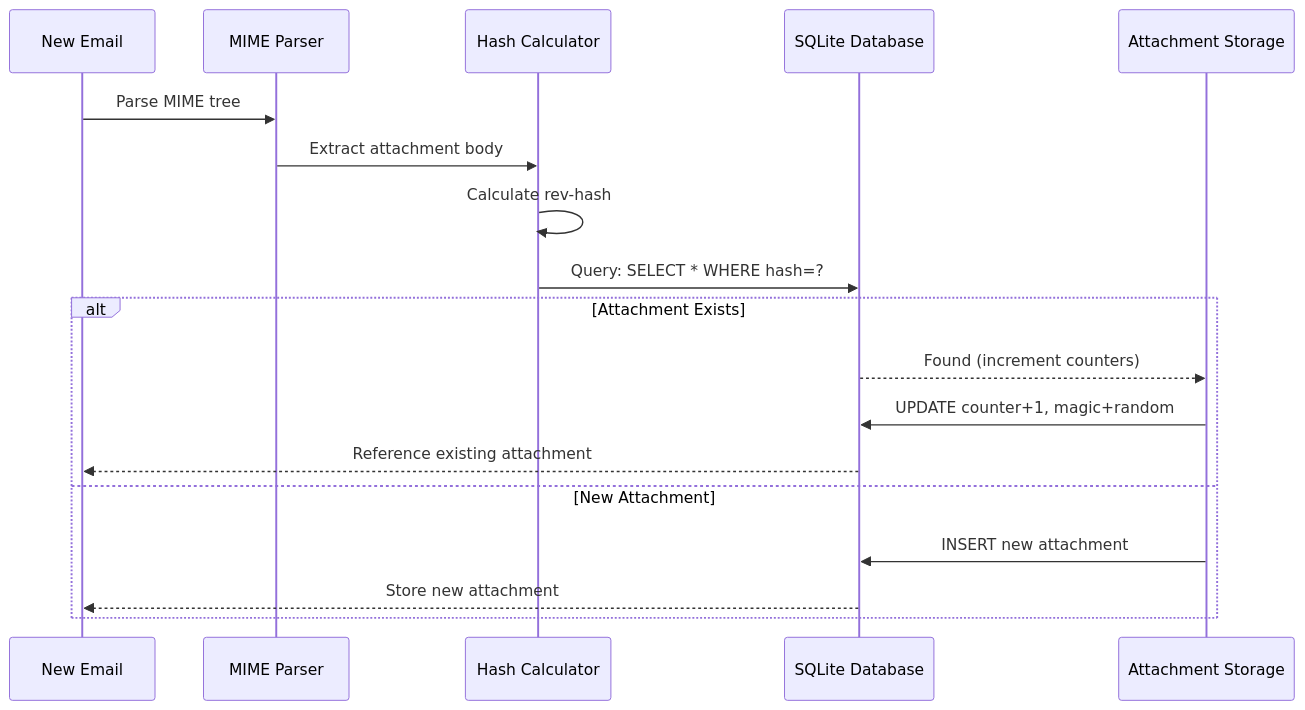
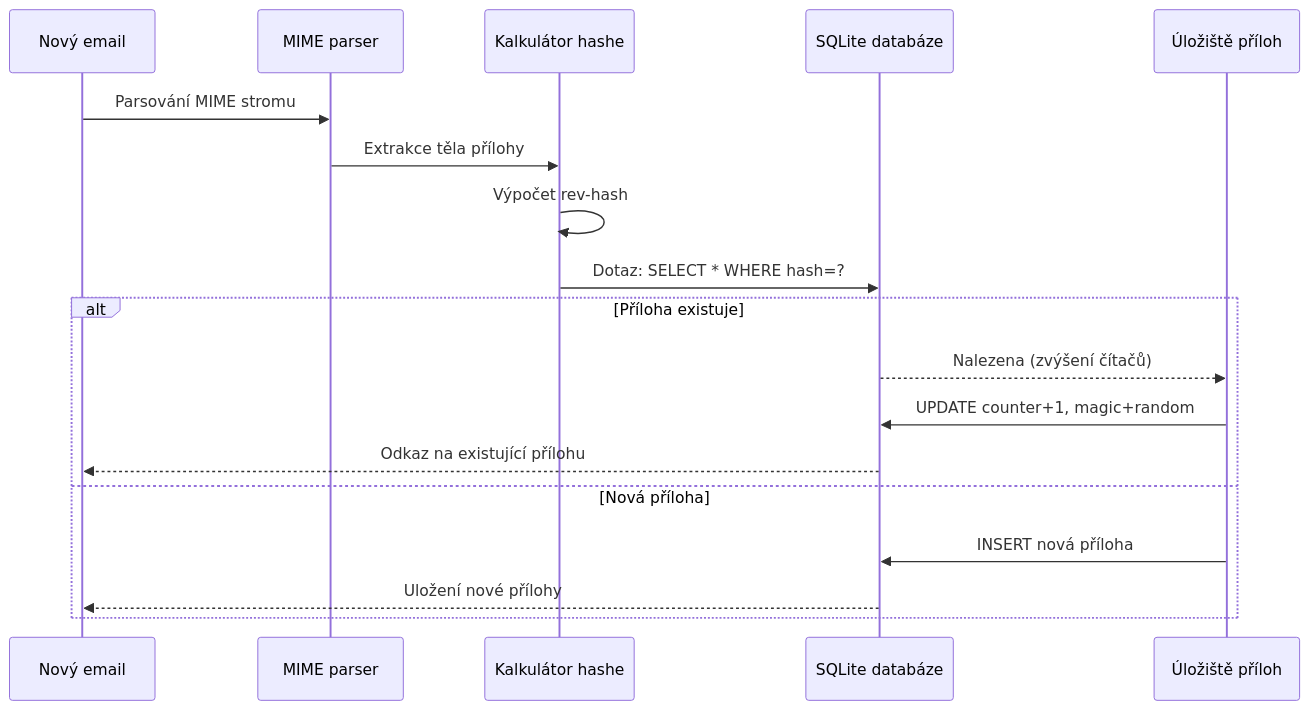
One commit to forwardemail/forwardemail.net changed diagram 12 of 16 in app/views/docs/email-protocols-rfc-compliance-imap-smtp-pop3-comparison/index-cs.md. Above: the diagram before and after it, drawn with Mermaid. The commit also changed other lines of this file and 1055 other files, not shown here.

````diff
--- a/app/views/docs/email-protocols-rfc-compliance-imap-smtp-pop3-comparison/index-cs.md
+++ b/app/views/docs/email-protocols-rfc-compliance-imap-smtp-pop3-comparison/index-cs.md
@@ -1422,22 +1416,22 @@
 ```mermaid
 sequenceDiagram
-    participant Email as New Email
-    participant Parser as MIME Parser
-    participant Hash as Hash Calculator
-    participant DB as SQLite Database
-    participant Storage as Attachment Storage
+    participant Email as Nový email
+    participant Parser as MIME parser
+    participant Hash as Kalkulátor hashe
+    participant DB as SQLite databáze
+    participant Storage as Úložiště příloh
 
-    Email->>Parser: Parse MIME tree
-    Parser->>Hash: Extract attachment body
-    Hash->>Hash: Calculate rev-hash
-    Hash->>DB: Query: SELECT * WHERE hash=?
+    Email->>Parser: Parsování MIME stromu
+    Parser->>Hash: Extrakce těla přílohy
+    Hash->>Hash: Výpočet rev-hash
+    Hash->>DB: Dotaz: SELECT * WHERE hash=?
 
-    alt Attachment Exists
-        DB-->>Storage: Found (increment counters)
+    alt Příloha existuje
+        DB-->>Storage: Nalezena (zvýšení čítačů)
         Storage->>DB: UPDATE counter+1, magic+random
-        DB-->>Email: Reference existing attachment
-    else New Attachment
-        Storage->>DB: INSERT new attachment
-        DB-->>Email: Store new attachment
+        DB-->>Email: Odkaz na existující přílohu
+    else Nová příloha
+        Storage->>DB: INSERT nová příloha
+        DB-->>Email: Uložení nové přílohy
     end
 ```
````
